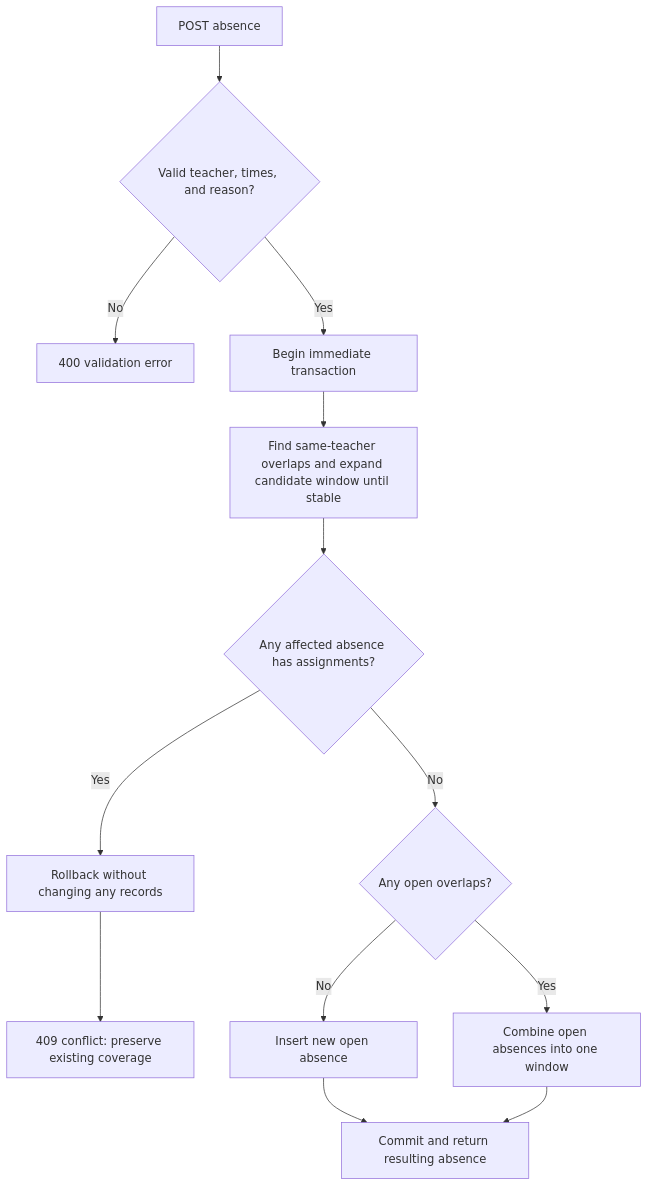
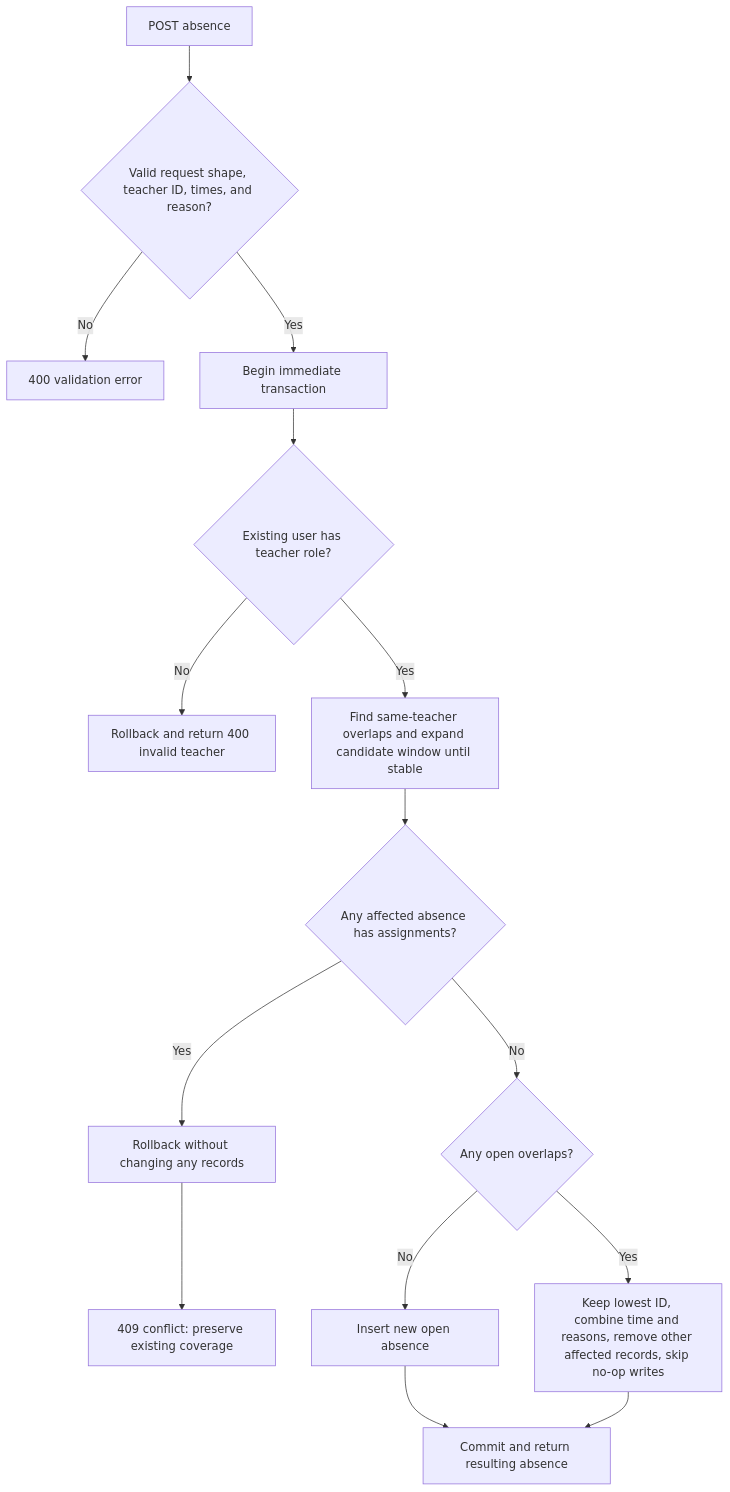
One commit to armacode3/Substitute-Teacher-Absence-Coverage-Board changed the second of 3 diagrams in ARCHITECTURE.md. Above: the diagram before and after it, drawn with Mermaid. The commit also changed other lines of this file and 4 other files, not shown here.

Commit message:
fix: make submission tests portable and align architecture docs

````diff
--- a/ARCHITECTURE.md
+++ b/ARCHITECTURE.md
@@ -149,15 +149,17 @@
 ```mermaid
 flowchart TD
-    A[POST absence] --> B{Valid teacher, times, and reason?}
+    A[POST absence] --> B{Valid request shape, teacher ID, times, and reason?}
     B -->|No| C[400 validation error]
     B -->|Yes| D[Begin immediate transaction]
-    D --> E[Find same-teacher overlaps and expand candidate window until stable]
+    D --> T{Existing user has teacher role?}
+    T -->|No| V[Rollback and return 400 invalid teacher]
+    T -->|Yes| E[Find same-teacher overlaps and expand candidate window until stable]
     E --> F{Any affected absence has assignments?}
     F -->|Yes| G[Rollback without changing any records]
     G --> H[409 conflict: preserve existing coverage]
     F -->|No| I{Any open overlaps?}
     I -->|No| J[Insert new open absence]
-    I -->|Yes| K[Combine open absences into one window]
+    I -->|Yes| K[Keep lowest ID, combine time and reasons, remove other affected records, skip no-op writes]
     J --> L[Commit and return resulting absence]
     K --> L
 ```
````
